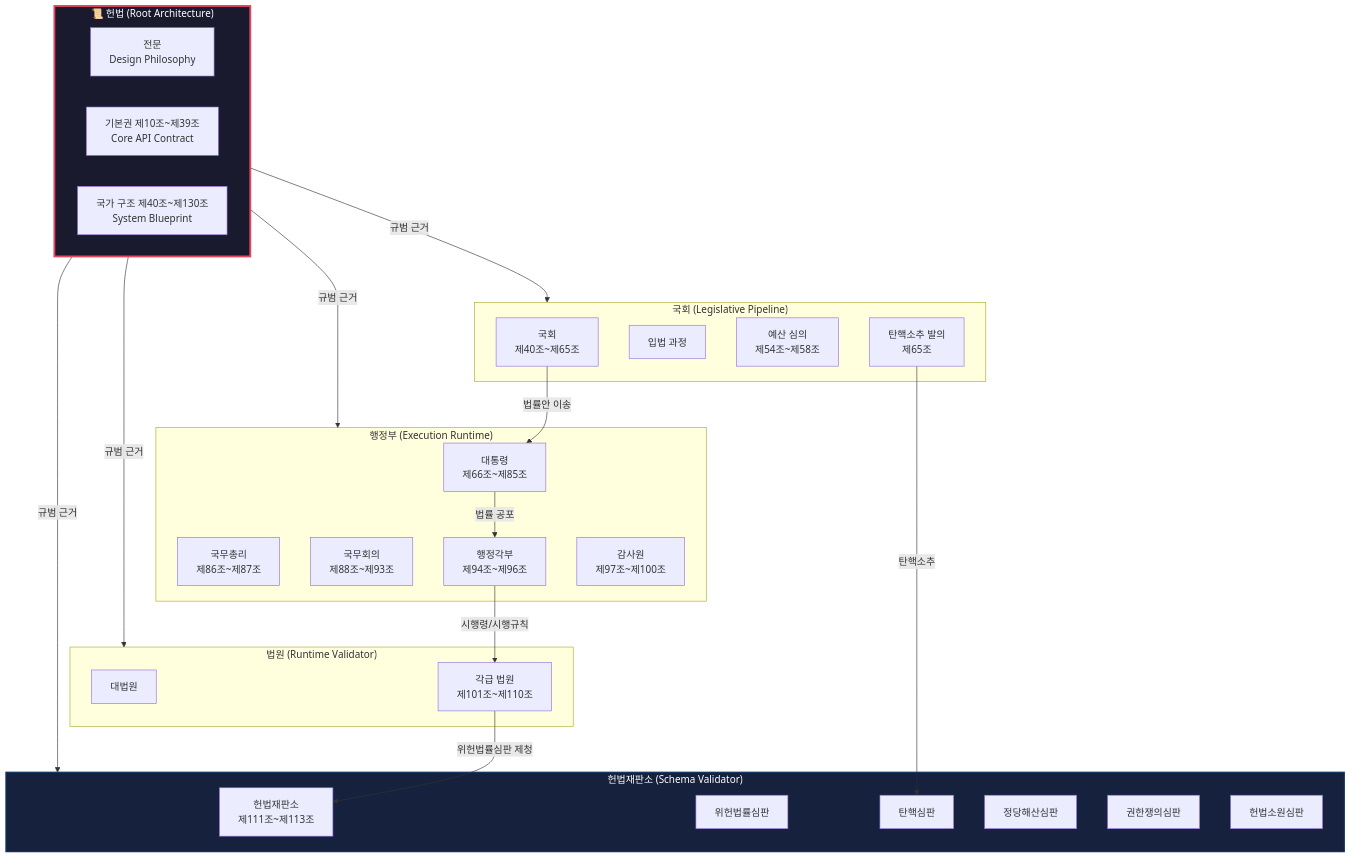
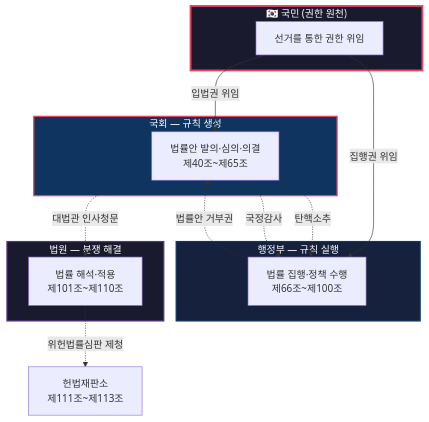
The first of 4 diagrams in docs/series/korea-systems/politics/system/constitution-as-root-architecture.md (yeongseon/world-through-software-engineering), drawn with Mermaid before and after one commit. The commit also changed other lines of this file and 1 other file, not shown here.

First line of the commit message:
refactor(article): rewrite constitution article as system design document

````diff
--- a/docs/series/korea-systems/politics/system/constitution-as-root-architecture.md
+++ b/docs/series/korea-systems/politics/system/constitution-as-root-architecture.md
@@ -97,51 +80,31 @@
 ```mermaid
 graph TD
-    subgraph Root["📜 헌법 (Root Architecture)"]
-        PREAMBLE["전문<br/>Design Philosophy"]
-        BASIC_RIGHTS["기본권 제10조~제39조<br/>Core API Contract"]
-        STRUCTURE["국가 구조 제40조~제130조<br/>System Blueprint"]
+    subgraph 권한원천["🇰🇷 국민 (권한 원천)"]
+        PEOPLE["선거를 통한 권한 위임"]
     end
 
-    subgraph Legislative["국회 (Legislative Pipeline)"]
-        ASSEMBLY["국회<br/>제40조~제65조"]
-        LAWMAKING["입법 과정"]
-        BUDGET["예산 심의<br/>제54조~제58조"]
-        IMPEACH_INIT["탄핵소추 발의<br/>제65조"]
+    subgraph 입법["국회 — 규칙 생성"]
+        NA["법률안 발의·심의·의결<br/>제40조~제65조"]
     end
 
-    subgraph Executive["행정부 (Execution Runtime)"]
-        PRESIDENT["대통령<br/>제66조~제85조"]
-        PM["국무총리<br/>제86조~제87조"]
-        CABINET["국무회의<br/>제88조~제93조"]
-        MINISTRIES["행정각부<br/>제94조~제96조"]
-        BAI["감사원<br/>제97조~제100조"]
+    subgraph 집행["행정부 — 규칙 실행"]
+        EXEC["법률 집행·정책 수행<br/>제66조~제100조"]
     end
 
-    subgraph Judicial["법원 (Runtime Validator)"]
-        SUPREME["대법원"]
-        COURTS["각급 법원<br/>제101조~제110조"]
+    subgraph 사법["법원 — 분쟁 해결"]
+        COURT["법률 해석·적용<br/>제101조~제110조"]
     end
 
-    subgraph ConstitutionalCourt["헌법재판소 (Schema Validator)"]
-        CC["헌법재판소<br/>제111조~제113조"]
-        UNCONST["위헌법률심판"]
-        IMPEACH_TRIAL["탄핵심판"]
-        PARTY_DISSOLVE["정당해산심판"]
-        COMPETENCE["권한쟁의심판"]
-        COMPLAINT["헌법소원심판"]
-    end
+    PEOPLE -->|"입법권 위임"| NA
+    PEOPLE -->|"집행권 위임"| EXEC
+    NA -.->|"탄핵소추"| EXEC
+    NA -.->|"국정감사"| EXEC
+    EXEC -.->|"법률안 거부권"| NA
+    COURT -.->|"위헌법률심판 제청"| CC["헌법재판소<br/>제111조~제113조"]
+    NA -.->|"대법관 인사청문"| COURT
 
-    Root -->|"규범 근거"| Legislative
-    Root -->|"규범 근거"| Executive
-    Root -->|"규범 근거"| Judicial
-    Root -->|"규범 근거"| ConstitutionalCourt
-
-    ASSEMBLY -->|"법률안 이송"| PRESIDENT
-    PRESIDENT -->|"법률 공포"| MINISTRIES
-    MINISTRIES -->|"시행령/시행규칙"| COURTS
-    COURTS -->|"위헌법률심판 제청"| CC
-    IMPEACH_INIT -->|"탄핵소추"| IMPEACH_TRIAL
-
-    style Root fill:#1a1a2e,stroke:#e94560,stroke-width:3px,color:#fff
-    style ConstitutionalCourt fill:#16213e,stroke:#0f3460,stroke-width:2px,color:#fff
+    style 권한원천 fill:#1a1a2e,stroke:#e94560,stroke-width:3px,color:#fff
+    style 입법 fill:#0f3460,stroke:#e94560,stroke-width:2px,color:#fff
+    style 집행 fill:#16213e,stroke:#0f3460,stroke-width:2px,color:#fff
+    style 사법 fill:#1a1a2e,stroke:#533483,stroke-width:2px,color:#fff
 ```
````
